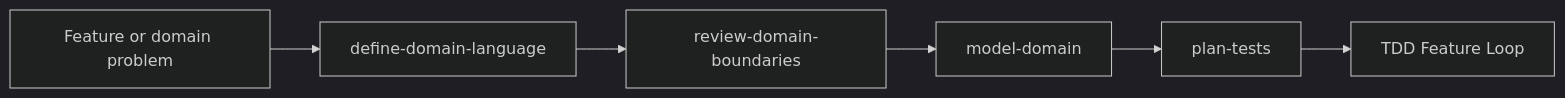
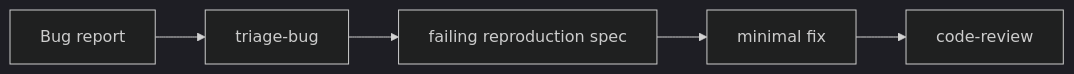
Before and after one commit to igmarin/rails-agent-skills: the second of 6 diagrams in docs/persona-guide.md, drawn with Mermaid (dark theme). The commit also changed other lines of this file and 49 other files, not shown here.

````diff
--- a/docs/persona-guide.md
+++ b/docs/persona-guide.md
@@ -227,8 +44,7 @@
 ```mermaid
 flowchart LR
-    A[Feature or domain problem] --> C[define-domain-language]
-    C --> D[review-domain-boundaries]
-    D --> E[model-domain]
-    E --> G[plan-tests]
-    G --> H[TDD Feature Loop]
+    A[Bug report] --> B[triage-bug]
+    B --> C[failing reproduction spec]
+    C --> D[minimal fix]
+    D --> E[code-review]
 ```
````
